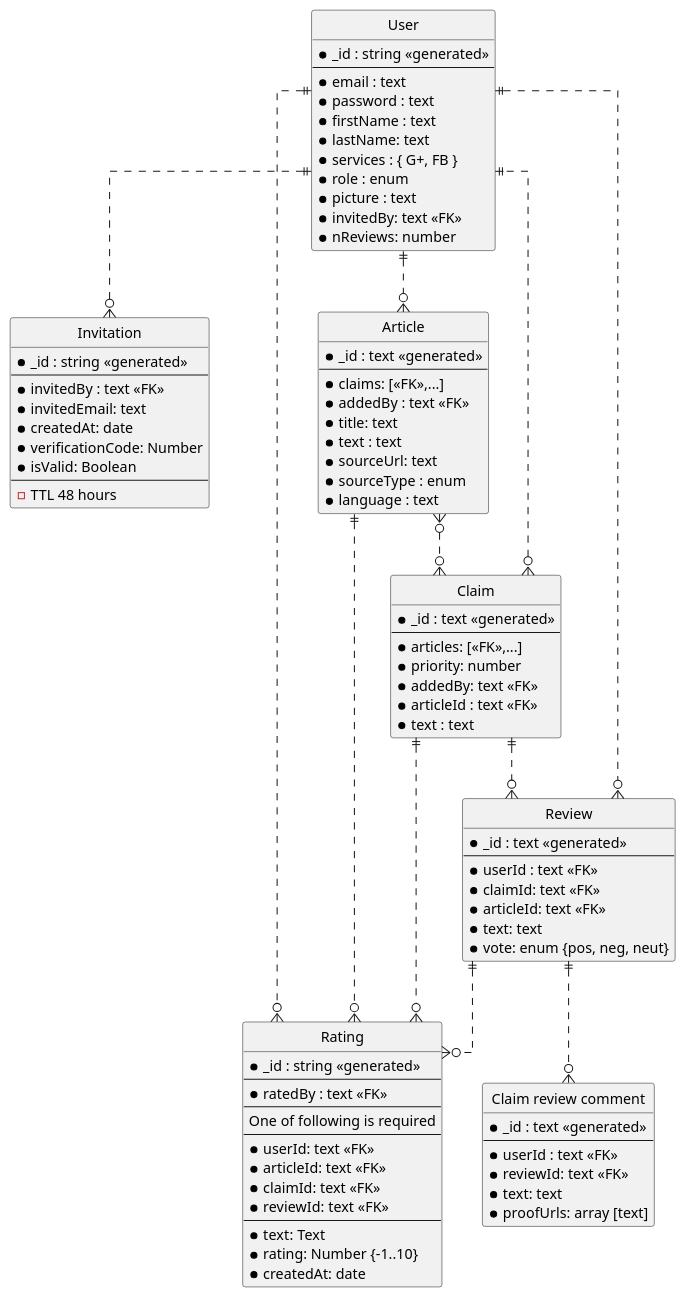
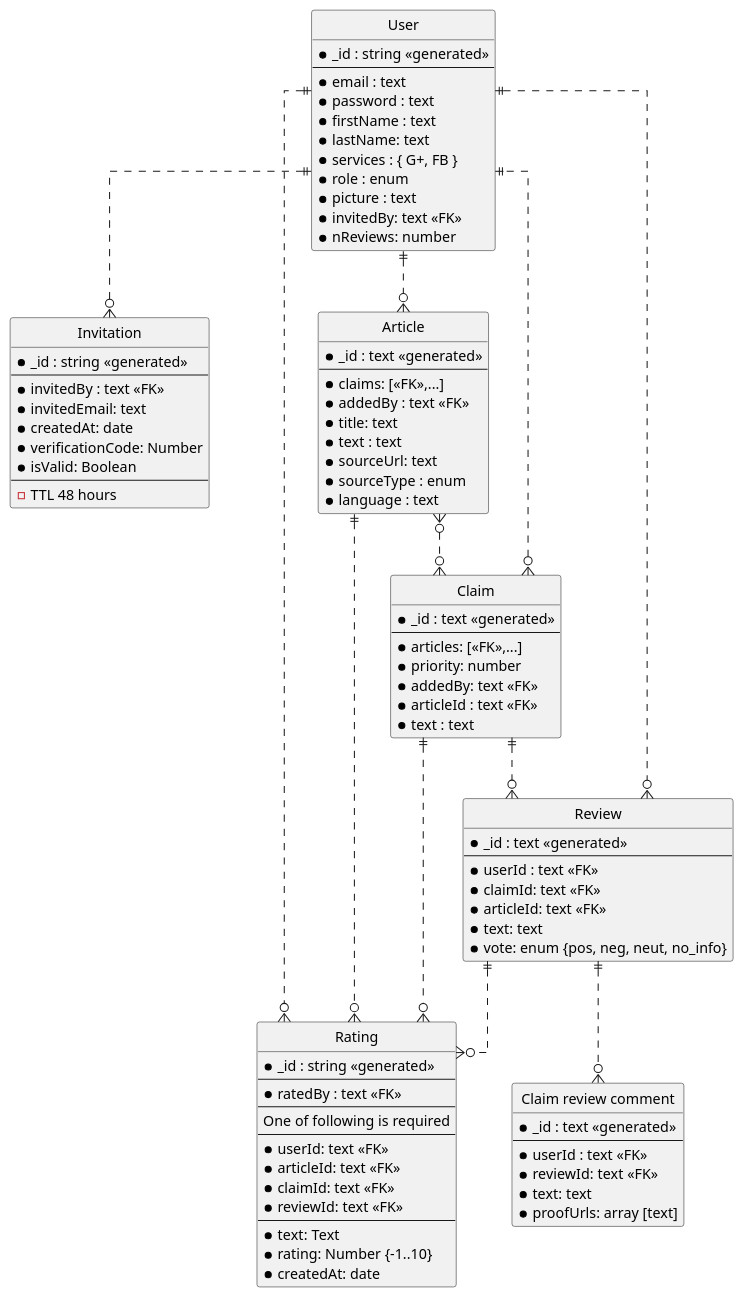
The diagram in sys_docs/entity_relations.puml (aic-factcheck/fact_checking_be), drawn with PlantUML before and after one commit. The commit also changed 7 other files, not shown here.

```diff
--- a/sys_docs/entity_relations.puml
+++ b/sys_docs/entity_relations.puml
@@ -1,103 +1,103 @@
-@startuml
+@startuml Entity relations
 ' hide the spot
 hide circle
 
 ' avoid problems with angled crows feet
 skinparam linetype ortho
 
 entity "User" as user {
   *_id : string <<generated>>
   --
   *email : text
   *password : text
   *firstName : text
   *lastName: text
   *services : { G+, FB }
   *role : enum
   *picture : text
   *invitedBy: text <<FK>>
   *nReviews: number
 }
 
 entity "Invitation" as inv {
   *_id : string <<generated>>
   --
   *invitedBy : text <<FK>>
   *invitedEmail: text
   *createdAt: date
   *verificationCode: Number
   *isValid: Boolean
   --
   - TTL 48 hours
 }
 
 entity "Rating" as rating {
   *_id : string <<generated>>
   --
   *ratedBy : text <<FK>>
   --
   One of following is required
   --
   *userId: text <<FK>>
   *articleId: text <<FK>>
   *claimId: text <<FK>>
   *reviewId: text <<FK>>
   --
   *text: Text
   *rating: Number {-1..10}
   *createdAt: date
 }
 
 entity "Article" as article {
   *_id : text <<generated>>
   --
   *claims: [<<FK>>,...]
   *addedBy : text <<FK>>
   *title: text
   *text : text
   *sourceUrl: text
   *sourceType : enum
   *language : text
 }
 
 entity "Claim" as claim {
   *_id : text <<generated>>
   --
   *articles: [<<FK>>,...]
   *priority: number
   *addedBy: text <<FK>>
   *articleId : text <<FK>>
   *text : text
 }
 
 entity "Review" as review {
   *_id : text <<generated>>
   --
   *userId : text <<FK>>
   *claimId: text <<FK>>
   *articleId: text <<FK>>
   *text: text
-  *vote: enum {pos, neg, neut}
+  *vote: enum {pos, neg, neut, no_info}
 }
 
 entity "Claim review comment" as claimReviewComment {
   *_id : text <<generated>>
   --
   *userId : text <<FK>>
   *reviewId: text <<FK>>
   *text: text
   *proofUrls: array [text] 
 }
 
 user ||..o{ article
 user ||..o{ inv
 article }o..o{ claim
 article ||..o{ rating
 user ||..o{ review
 user ||..o{ rating
 claim ||..o{ review
 claim }o..|| user
 claim ||..o{ rating
 review ||..o{ claimReviewComment
 review ||..o{ rating
 @enduml
```
